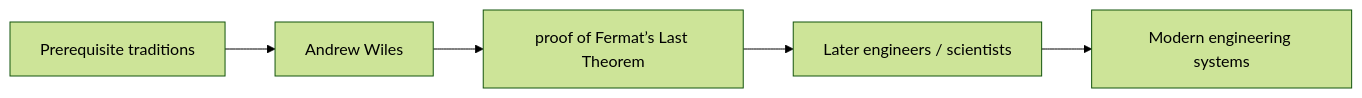
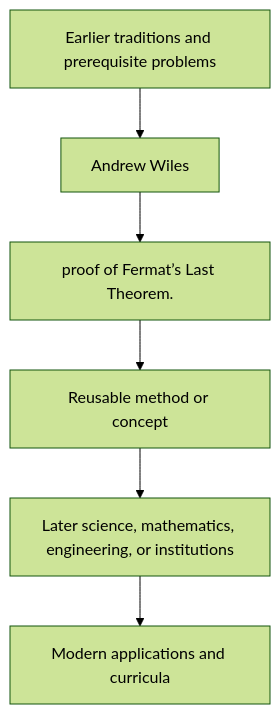
Before and after one commit to via-decide/ViaLogic: the diagram in docs/history/andrew-wiles/influence.md, drawn with Mermaid (forest theme). The commit also changed other lines of this file and 858 other files, not shown here.

````diff
--- a/docs/history/andrew-wiles/influence.md
+++ b/docs/history/andrew-wiles/influence.md
@@ -29,7 +16,8 @@
 ```mermaid
-graph LR
-  prerequisites["Prerequisite traditions"] --> current["Andrew Wiles"]
-  current --> contribution["proof of Fermat’s Last Theorem"]
-  contribution --> successors["Later engineers / scientists"]
-  successors --> modern["Modern engineering systems"]
+graph TD
+  Prior[Earlier traditions and prerequisite problems] --> Person[Andrew Wiles]
+  Person --> Contribution[proof of Fermat’s Last Theorem.]
+  Contribution --> Method[Reusable method or concept]
+  Method --> Later[Later science, mathematics, engineering, or institutions]
+  Later --> Modern[Modern applications and curricula]
 ```
````
